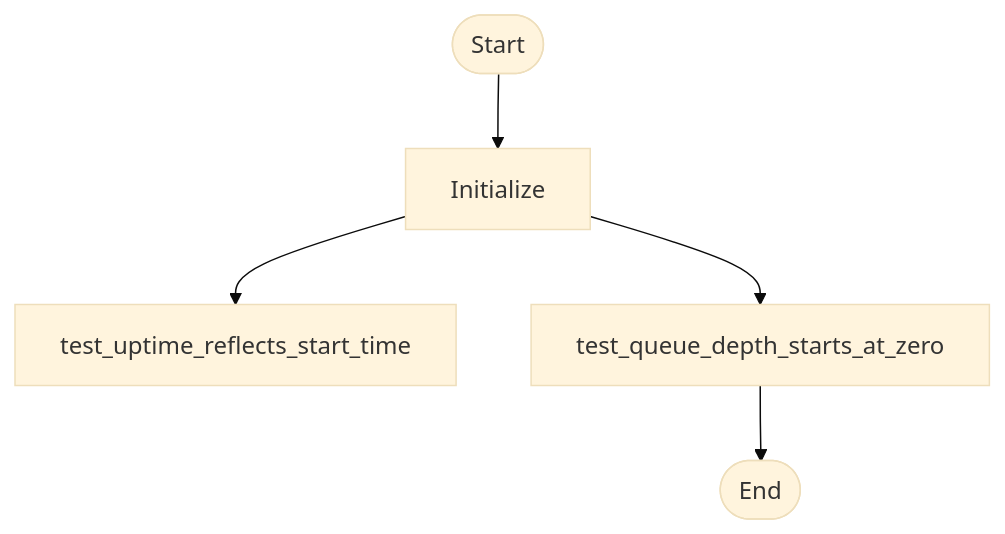
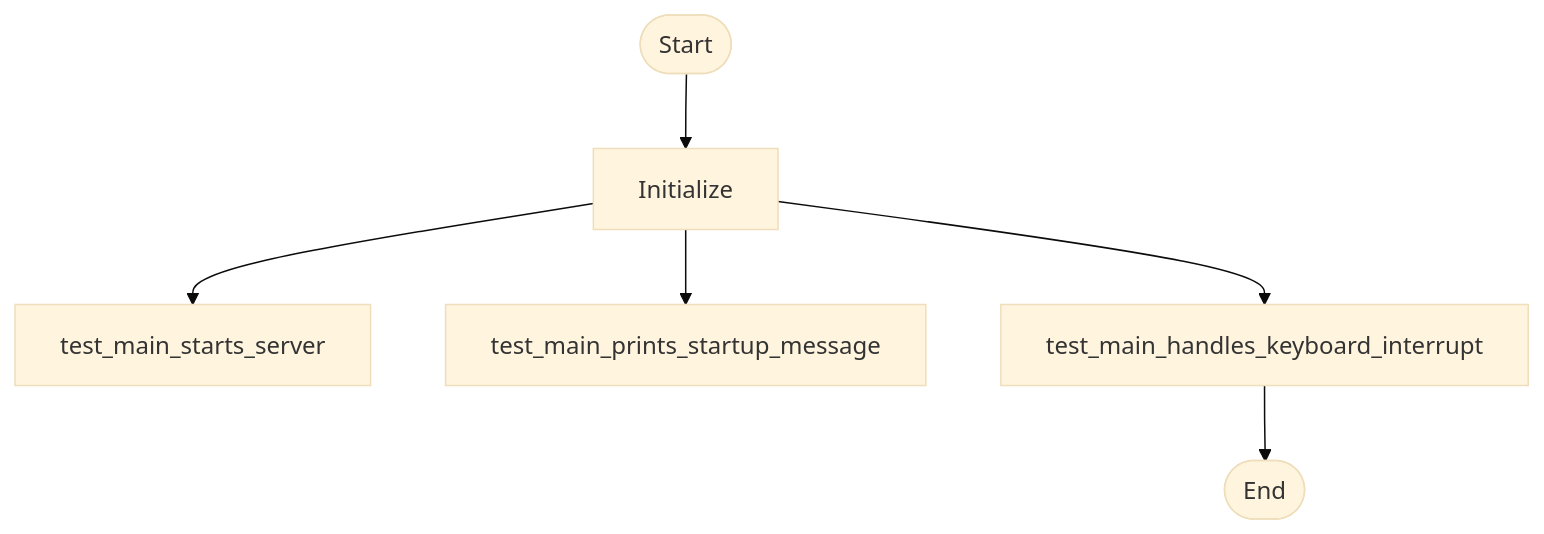
Before and after one commit to zepfu/llama-gguf-inference: the first of 8 diagrams in docs/auto/ARCHITECTURE_AUTO.md, drawn with Mermaid (base theme). The commit also changed other lines of this file and 2 other files, not shown here.

````diff
--- a/docs/auto/ARCHITECTURE_AUTO.md
+++ b/docs/auto/ARCHITECTURE_AUTO.md
@@ -27,7 +27,8 @@
 ```mermaid
 flowchart TD
     Start([Start]) --> Init[Initialize]
-    Init --> testuptimereflectsstarttime[test_uptime_reflects_start_time]
-    Init --> testqueuedepthstartsatzero[test_queue_depth_starts_at_zero]
-    testqueuedepthstartsatzero --> End([End])
+    Init --> testmainstartsserver[test_main_starts_server]
+    Init --> testmainprintsstartupmessage[test_main_prints_startup_message]
+    Init --> testmainhandleskeyboardinterrupt[test_main_handles_keyboard_interrupt]
+    testmainhandleskeyboardinterrupt --> End([End])
 ```
````
